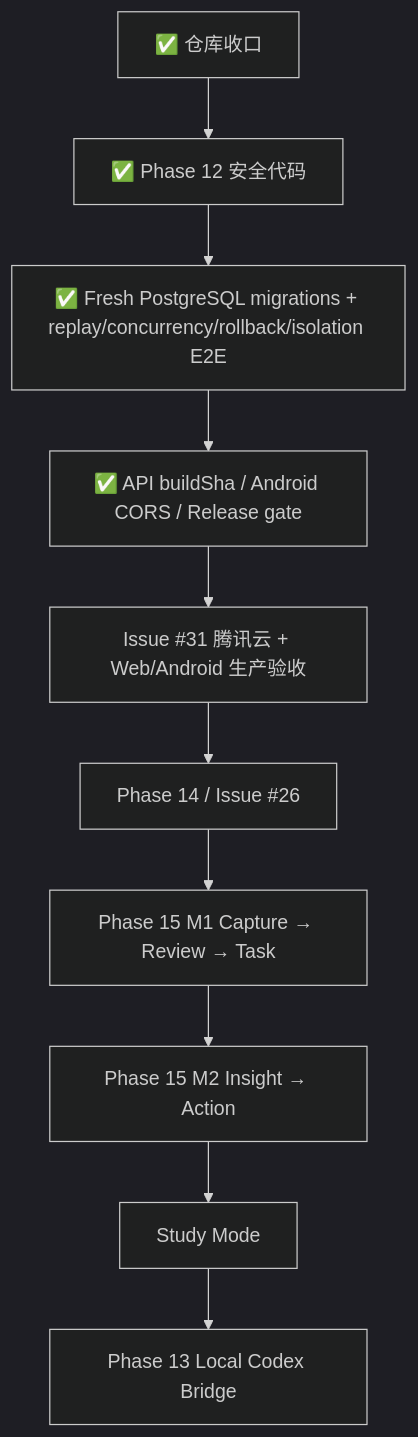
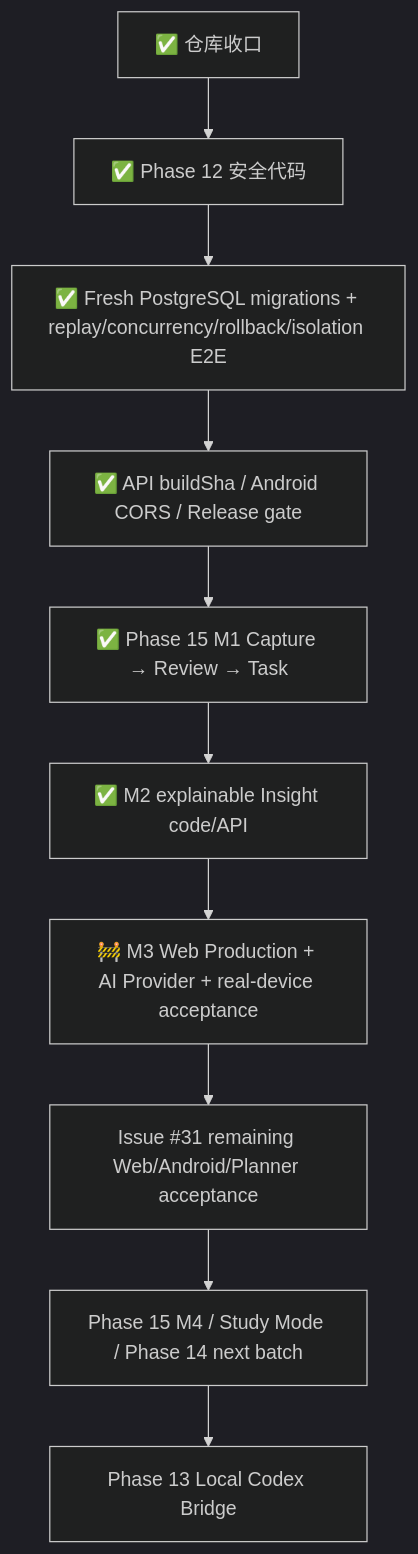
The second of 2 diagrams in PROJECT_BLUEPRINT.md (tiads031-boop/sparkflow), drawn with Mermaid (dark theme) before and after one commit. The commit also changed other lines of this file, not shown here.

Commit message:
docs: align blueprint with Phase 15 M3 production state

````diff
--- a/PROJECT_BLUEPRINT.md
+++ b/PROJECT_BLUEPRINT.md
@@ -271,12 +277,12 @@
 ```mermaid
 flowchart TD
     A["✅ 仓库收口"] --> B["✅ Phase 12 安全代码"]
     B --> C["✅ Fresh PostgreSQL migrations + replay/concurrency/rollback/isolation E2E"]
     C --> D["✅ API buildSha / Android CORS / Release gate"]
-    D --> E["Issue #31 腾讯云 + Web/Android 生产验收"]
-    E --> F["Phase 14 / Issue #26"]
-    F --> G["Phase 15 M1 Capture → Review → Task"]
-    G --> H["Phase 15 M2 Insight → Action"]
-    H --> I["Study Mode"]
+    D --> E["✅ Phase 15 M1 Capture → Review → Task"]
+    E --> F["✅ M2 explainable Insight code/API"]
+    F --> G["🚧 M3 Web Production + AI Provider + real-device acceptance"]
+    G --> H["Issue #31 remaining Web/Android/Planner acceptance"]
+    H --> I["Phase 15 M4 / Study Mode / Phase 14 next batch"]
     I --> J["Phase 13 Local Codex Bridge"]
 ```
````
